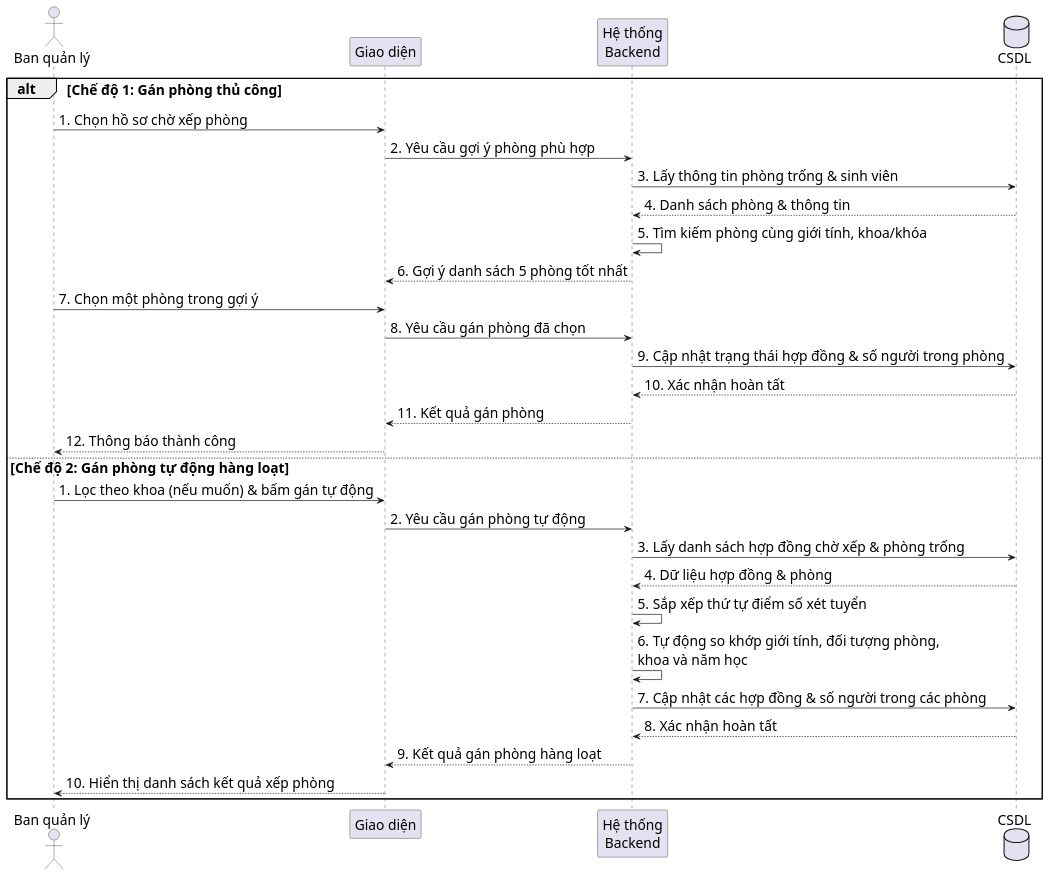
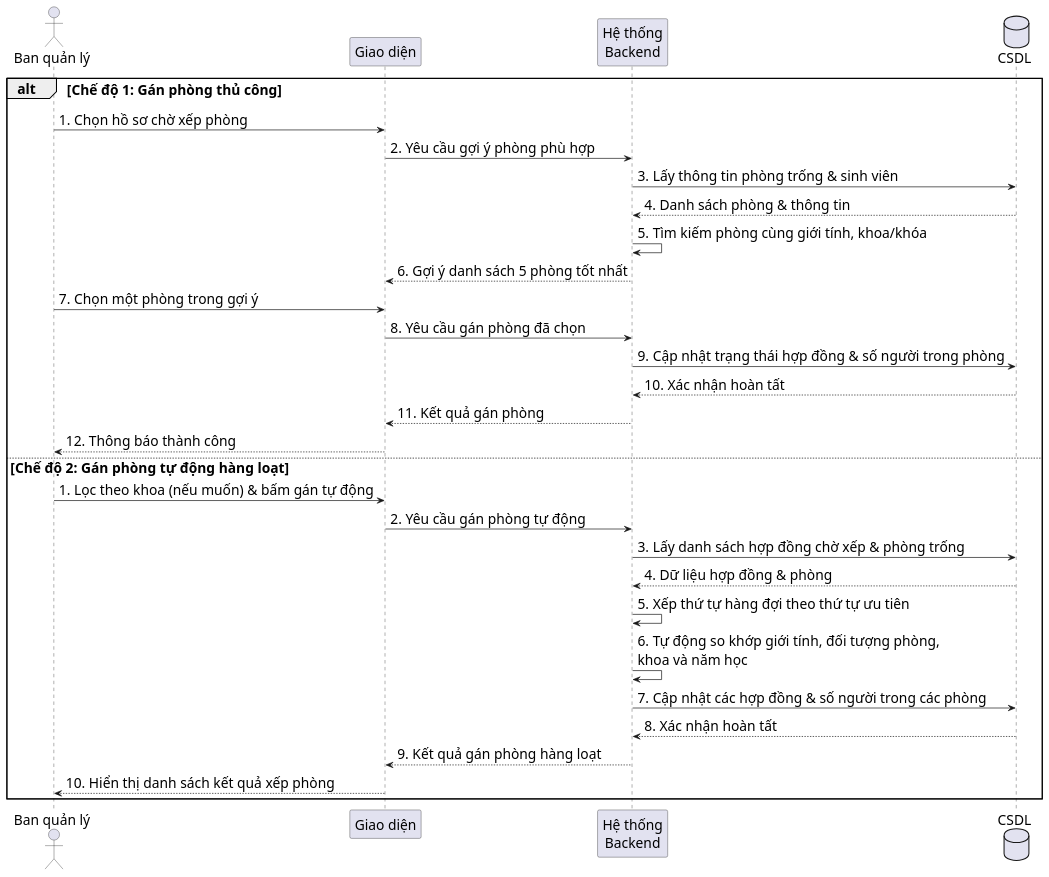
One commit to s0nbuildtech287/dormitory-frontend changed the diagram in diagrams/nhomphonghopdong/room_assignment_sequence.puml. Above: the diagram before and after it, drawn with PlantUML. The commit also changed 1 other file, not shown here.

```diff
--- a/diagrams/nhomphonghopdong/room_assignment_sequence.puml
+++ b/diagrams/nhomphonghopdong/room_assignment_sequence.puml
@@ -1,37 +1,37 @@
 @startuml "Room Assignment Sequence"
 skinparam defaultFontSize 20
 skinparam defaultFontName "Times New Roman"
 skinparam sequenceMessageSize 20
 
 actor "Ban quản lý" as Admin
 participant "Giao diện" as FE
 participant "Hệ thống\nBackend" as BE
 database "CSDL" as DB
 
 alt Chế độ 1: Gán phòng thủ công
   Admin -> FE: 1. Chọn hồ sơ chờ xếp phòng
   FE -> BE: 2. Yêu cầu gợi ý phòng phù hợp
   BE -> DB: 3. Lấy thông tin phòng trống & sinh viên
   DB --> BE: 4. Danh sách phòng & thông tin
   BE -> BE: 5. Tìm kiếm phòng cùng giới tính, khoa/khóa
   BE --> FE: 6. Gợi ý danh sách 5 phòng tốt nhất
   Admin -> FE: 7. Chọn một phòng trong gợi ý
   FE -> BE: 8. Yêu cầu gán phòng đã chọn
   BE -> DB: 9. Cập nhật trạng thái hợp đồng & số người trong phòng
   DB --> BE: 10. Xác nhận hoàn tất
   BE --> FE: 11. Kết quả gán phòng
   FE --> Admin: 12. Thông báo thành công
 
 else Chế độ 2: Gán phòng tự động hàng loạt
   Admin -> FE: 1. Lọc theo khoa (nếu muốn) & bấm gán tự động
   FE -> BE: 2. Yêu cầu gán phòng tự động
   BE -> DB: 3. Lấy danh sách hợp đồng chờ xếp & phòng trống
   DB --> BE: 4. Dữ liệu hợp đồng & phòng
-  BE -> BE: 5. Sắp xếp thứ tự điểm số xét tuyển
+  BE -> BE: 5. Xếp thứ tự hàng đợi theo thứ tự ưu tiên
   BE -> BE: 6. Tự động so khớp giới tính, đối tượng phòng,\nkhoa và năm học
   BE -> DB: 7. Cập nhật các hợp đồng & số người trong các phòng
   DB --> BE: 8. Xác nhận hoàn tất
   BE --> FE: 9. Kết quả gán phòng hàng loạt
   FE --> Admin: 10. Hiển thị danh sách kết quả xếp phòng
 end
 @enduml
```
